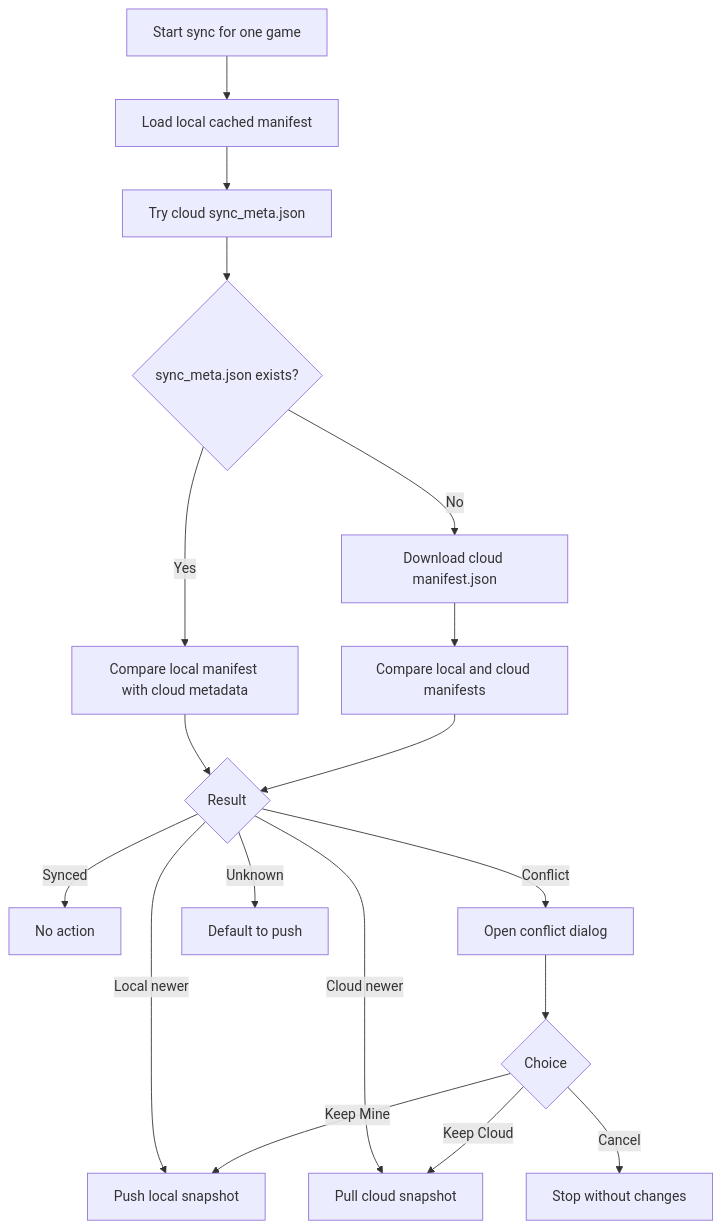
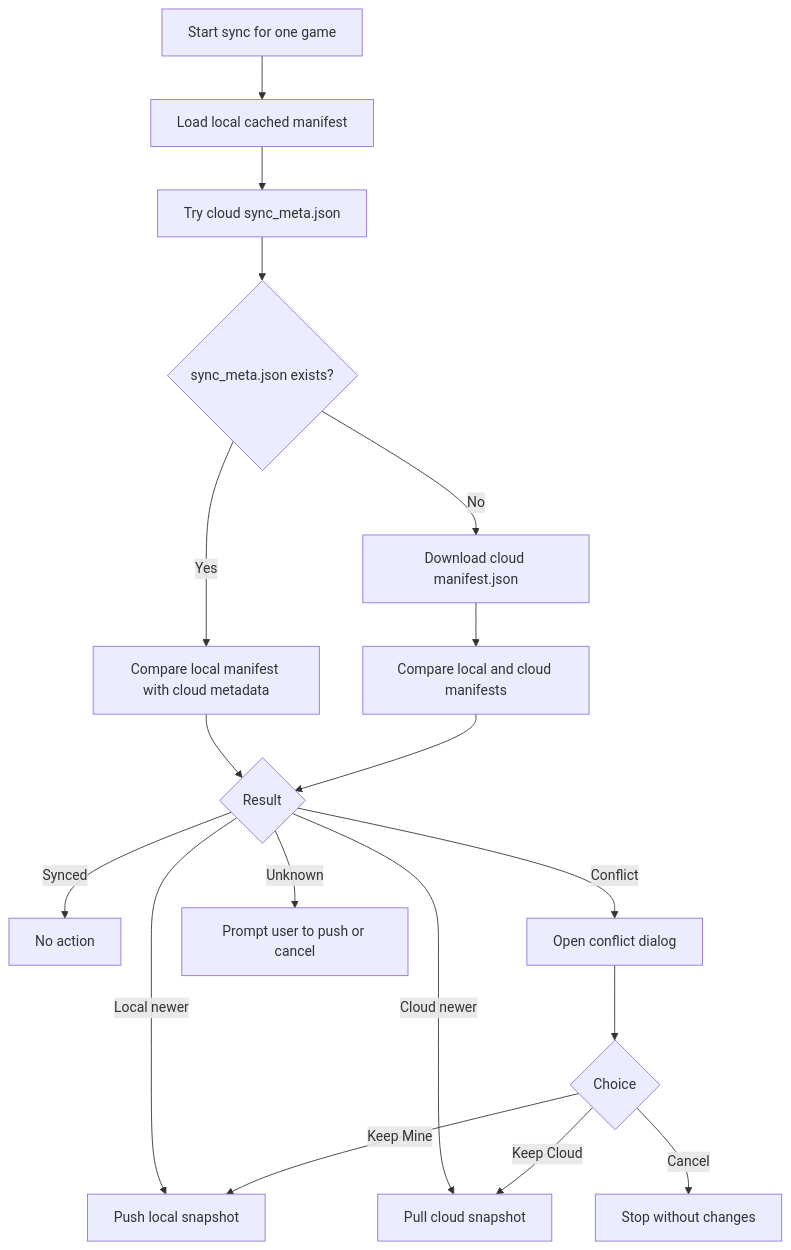
One commit to d1p/savesync changed the second of 5 diagrams in docs/USER_GUIDE.md. Above: the diagram before and after it, drawn with Mermaid. The commit also changed other lines of this file and 18 other files, not shown here.

````diff
--- a/docs/USER_GUIDE.md
+++ b/docs/USER_GUIDE.md
@@ -124,20 +127,20 @@
 ```mermaid
 flowchart TD
     A[Start sync for one game] --> B[Load local cached manifest]
     B --> C[Try cloud sync_meta.json]
     C --> D{sync_meta.json exists?}
     D -->|Yes| E[Compare local manifest with cloud metadata]
     D -->|No| F[Download cloud manifest.json]
     F --> G[Compare local and cloud manifests]
     E --> H{Result}
     G --> H
     H -->|Synced| I[No action]
     H -->|Local newer| J[Push local snapshot]
     H -->|Cloud newer| K[Pull cloud snapshot]
     H -->|Conflict| L[Open conflict dialog]
-    H -->|Unknown| M[Default to push]
+    H -->|Unknown| M[Prompt user to push or cancel]
     L --> N{Choice}
     N -->|Keep Mine| J
     N -->|Keep Cloud| K
     N -->|Cancel| O[Stop without changes]
 ```
````
